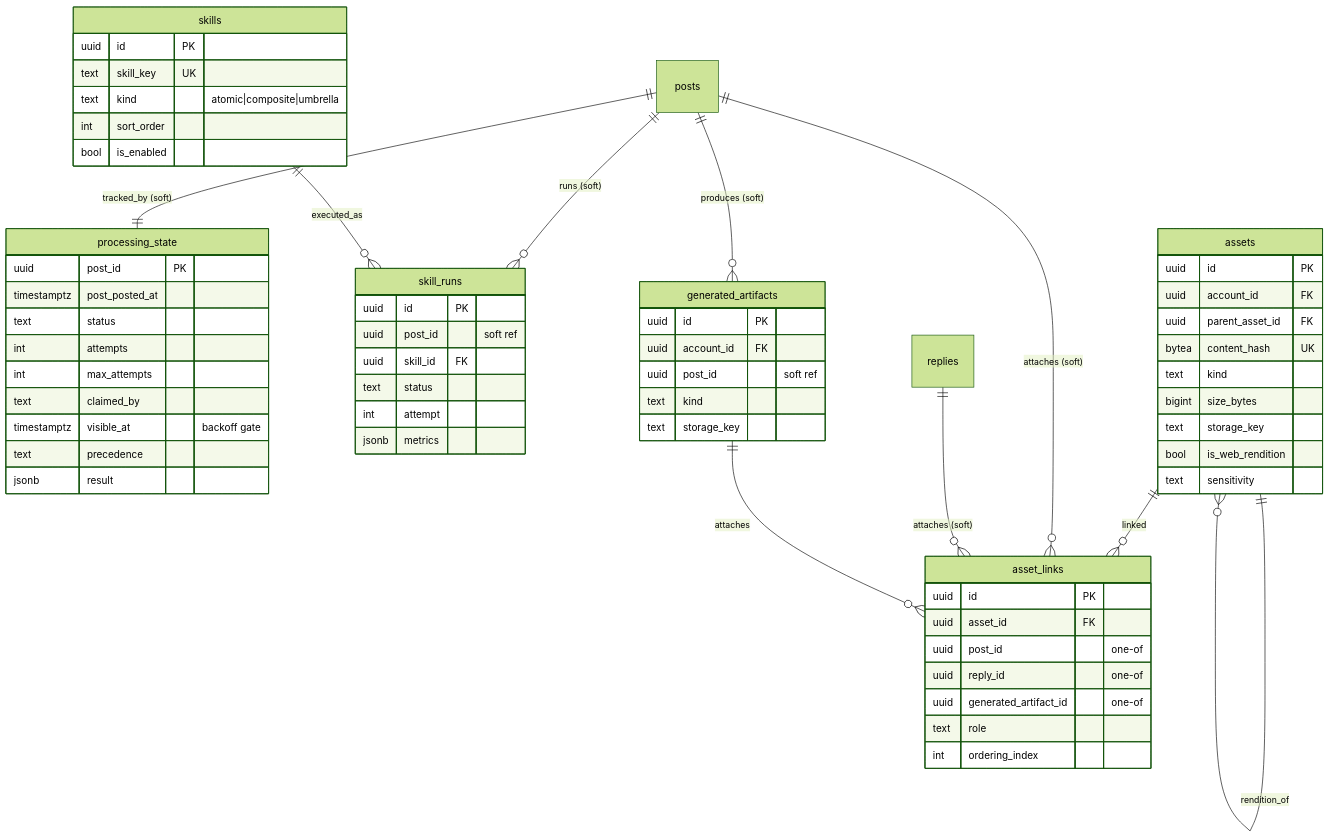
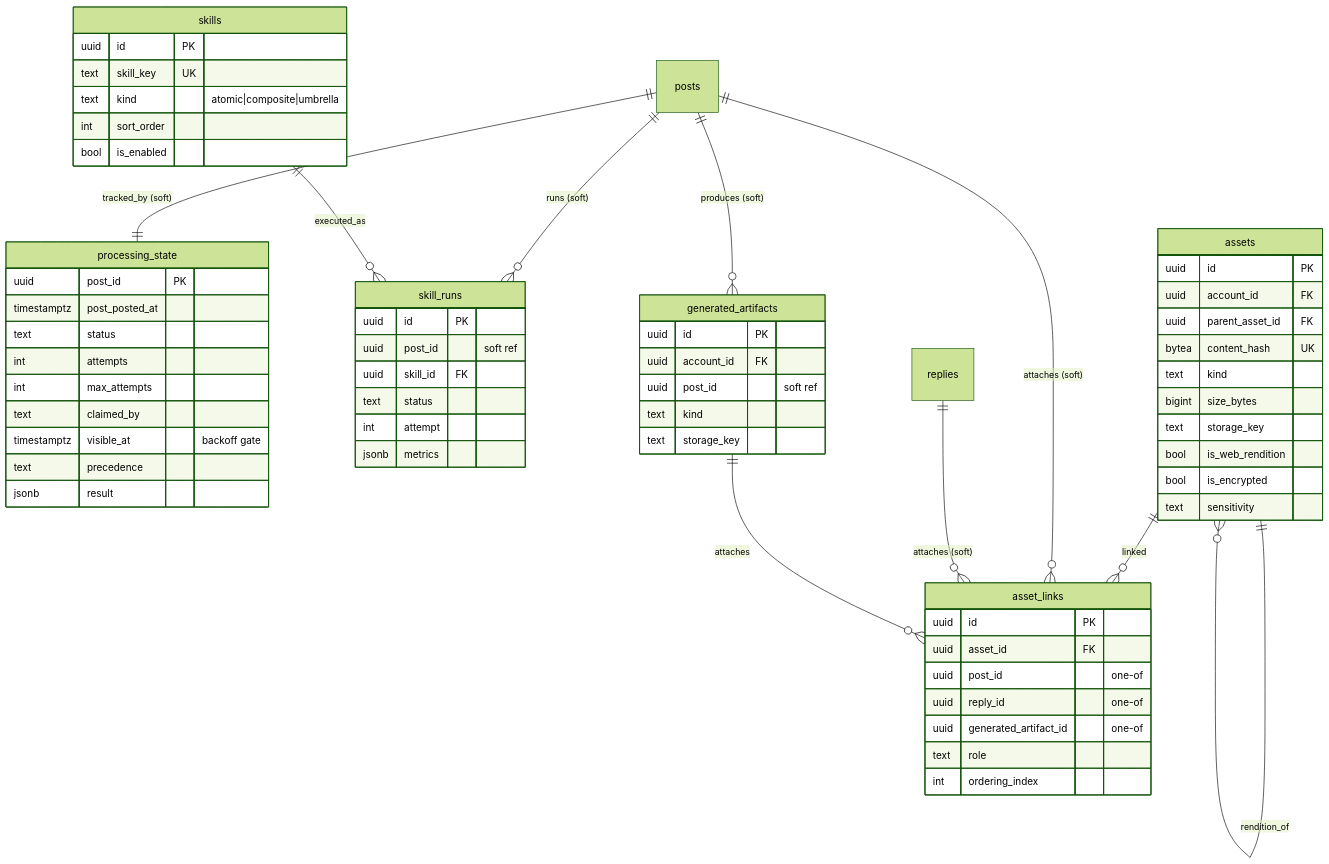
The fourth of 6 diagrams in docs/public/research/mvp/database/erd.md (HelixDevelopment/helix_thready), drawn with Mermaid (forest theme) before and after one commit. The commit also changed other lines of this file and 108 other files, not shown here.

````diff
--- a/docs/public/research/mvp/database/erd.md
+++ b/docs/public/research/mvp/database/erd.md
@@ -353,65 +356,66 @@
 ```mermaid
 erDiagram
   processing_state {
     uuid  post_id PK
     timestamptz post_posted_at
     text  status
     int   attempts
     int   max_attempts
     text  claimed_by
     timestamptz visible_at "backoff gate"
     text  precedence
     jsonb result
   }
   skills {
     uuid  id PK
     text  skill_key UK
     text  kind "atomic|composite|umbrella"
     int   sort_order
     bool  is_enabled
   }
   skill_runs {
     uuid  id PK
     uuid  post_id "soft ref"
     uuid  skill_id FK
     text  status
     int   attempt
     jsonb metrics
   }
   generated_artifacts {
     uuid  id PK
     uuid  account_id FK
     uuid  post_id "soft ref"
     text  kind
     text  storage_key
   }
   assets {
     uuid  id PK
     uuid  account_id FK
     uuid  parent_asset_id FK
     bytea content_hash UK
     text  kind
     bigint size_bytes
     text  storage_key
     bool  is_web_rendition
+    bool  is_encrypted
     text  sensitivity
   }
   asset_links {
     uuid  id PK
     uuid  asset_id FK
     uuid  post_id "one-of"
     uuid  reply_id "one-of"
     uuid  generated_artifact_id "one-of"
     text  role
     int   ordering_index
   }
   posts               ||--|| processing_state    : "tracked_by (soft)"
   posts               ||--o{ skill_runs          : "runs (soft)"
   skills              ||--o{ skill_runs          : "executed_as"
   posts               ||--o{ generated_artifacts : "produces (soft)"
   assets              ||--o{ asset_links         : "linked"
   posts               ||--o{ asset_links         : "attaches (soft)"
   replies             ||--o{ asset_links         : "attaches (soft)"
   generated_artifacts ||--o{ asset_links         : "attaches"
   assets              ||--o{ assets              : "rendition_of"
 ```
````
